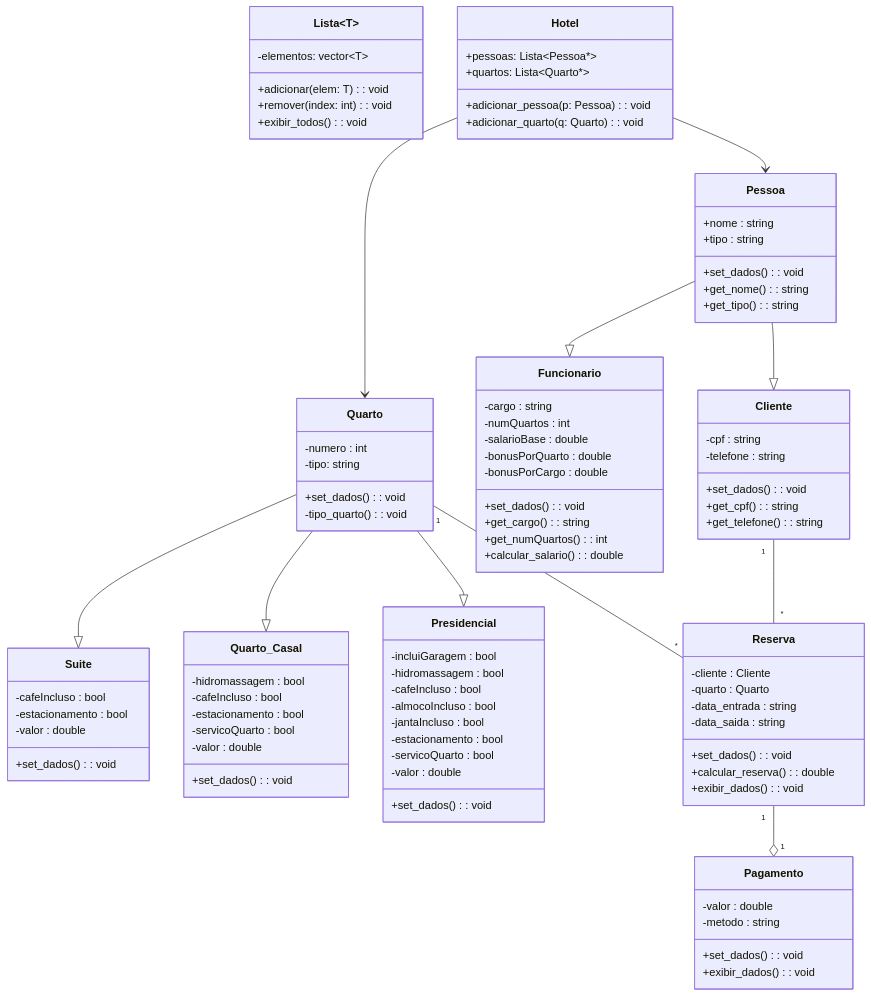
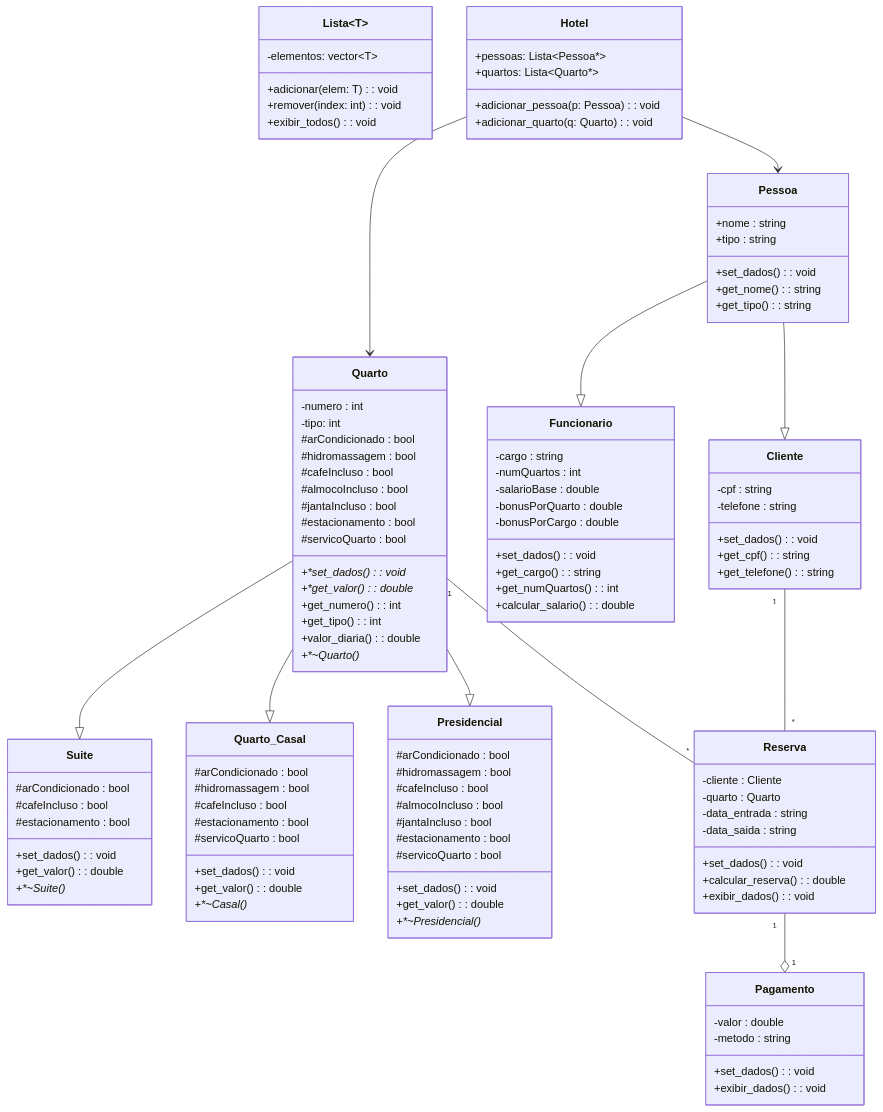
One commit to joaoMiguelSousaOliveira/LP_Projeto changed the diagram in diagrama.md. Above: the diagram before and after it, drawn with Mermaid. The commit also changed 9 other files, not shown here.

```diff
--- a/diagrama.md
+++ b/diagrama.md
@@ -46,37 +46,53 @@
 
     class Quarto {
         -numero : int
-        -tipo: string
-        +set_dados() : void
-        -tipo_quarto() : void
+        -tipo: int
+        #arCondicionado : bool
+        #hidromassagem : bool
+        #cafeIncluso : bool
+        #almocoIncluso : bool
+        #jantaIncluso : bool
+        #estacionamento : bool
+        #servicoQuarto : bool
+        +*set_dados()* : void
+        +*get_valor()* : double
+        +get_numero() : int
+        +get_tipo() : int
+        +valor_diaria() : double
+        +*~Quarto()*
     }
 
     class Suite {
-        -cafeIncluso : bool
-        -estacionamento : bool
-        -valor : double
+        #arCondicionado : bool
+        #cafeIncluso : bool
+        #estacionamento : bool
         +set_dados() : void
+        +get_valor() : double
+        +*~Suite()*
     }
 
     class Quarto_Casal {
-        -hidromassagem : bool
-        -cafeIncluso : bool
-        -estacionamento : bool
-        -servicoQuarto : bool
-        -valor : double
+        #arCondicionado : bool
+        #hidromassagem : bool
+        #cafeIncluso : bool
+        #estacionamento : bool
+        #servicoQuarto : bool
         +set_dados() : void
+        +get_valor() : double
+        +*~Casal()*
     }
 
     class Presidencial {
-        -incluiGaragem : bool
-        -hidromassagem : bool
-        -cafeIncluso : bool
-        -almocoIncluso : bool
-        -jantaIncluso : bool
-        -estacionamento : bool
-        -servicoQuarto : bool
-        -valor : double
+        #arCondicionado : bool
+        #hidromassagem : bool
+        #cafeIncluso : bool
+        #almocoIncluso : bool
+        #jantaIncluso : bool
+        #estacionamento : bool
+        #servicoQuarto : bool
         +set_dados() : void
+        +get_valor() : double
+        +*~Presidencial()*
     }
 
     class Reserva {
```
